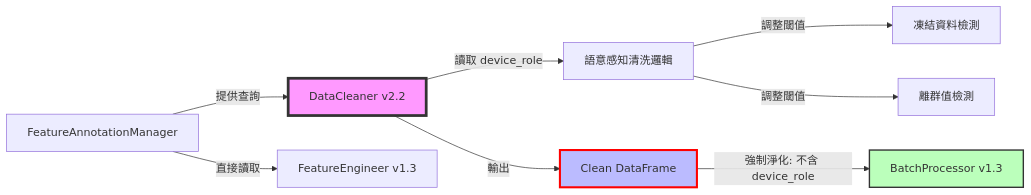
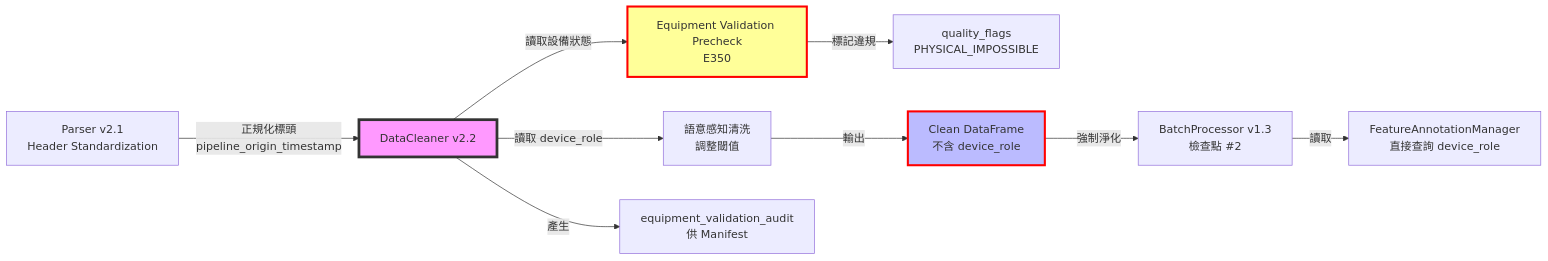
The diagram in docs/cleaner/PRD_CLEANER_v2.2.md (oscar120601/HVAC_Analytics), drawn with Mermaid before and after one commit. The commit also changed other lines of this file and 4211 other files, not shown here.

First line of the commit message:
docs: Update README to v1.3 architecture and add comprehensive PRD documentation

````diff
--- a/docs/cleaner/PRD_CLEANER_v2.2.md
+++ b/docs/cleaner/PRD_CLEANER_v2.2.md
@@ -45,14 +45,15 @@
 ```mermaid
 graph LR
-    A[FeatureAnnotationManager] -->|提供查詢| B[DataCleaner v2.2]
-    B -->|讀取 device_role| C[語意感知清洗邏輯]
-    C -->|調整閾值| D[凍結資料檢測]
-    C -->|調整閾值| E[離群值檢測]
-    B -->|輸出| F[Clean DataFrame]
-    F -->|強制淨化: 不含 device_role| G[BatchProcessor v1.3]
-    A -->|直接讀取| H[FeatureEngineer v1.3]
+    A[Parser v2.1<br/>Header Standardization] -->|正規化標頭<br/>pipeline_origin_timestamp| B[DataCleaner v2.2]
+    B -->|讀取 device_role| C[語意感知清洗<br/>調整閾值]
+    B -->|讀取設備狀態| D[Equipment Validation Precheck<br/>E350]
+    D -->|標記違規| E[quality_flags<br/>PHYSICAL_IMPOSSIBLE]
+    C -->|輸出| F[Clean DataFrame<br/>不含 device_role]
+    B -->|產生| G[equipment_validation_audit<br/>供 Manifest]
+    F -->|強制淨化| H[BatchProcessor v1.3<br/>檢查點 #2]
+    H -->|讀取| I[FeatureAnnotationManager<br/>直接查詢 device_role]
     
     style B fill:#f9f,stroke:#333,stroke-width:4px
+    style D fill:#ff9,stroke:#f00,stroke-width:3px
     style F fill:#bbf,stroke:#f00,stroke-width:3px
-    style G fill:#bfb,stroke:#333,stroke-width:2px
 ```
````
